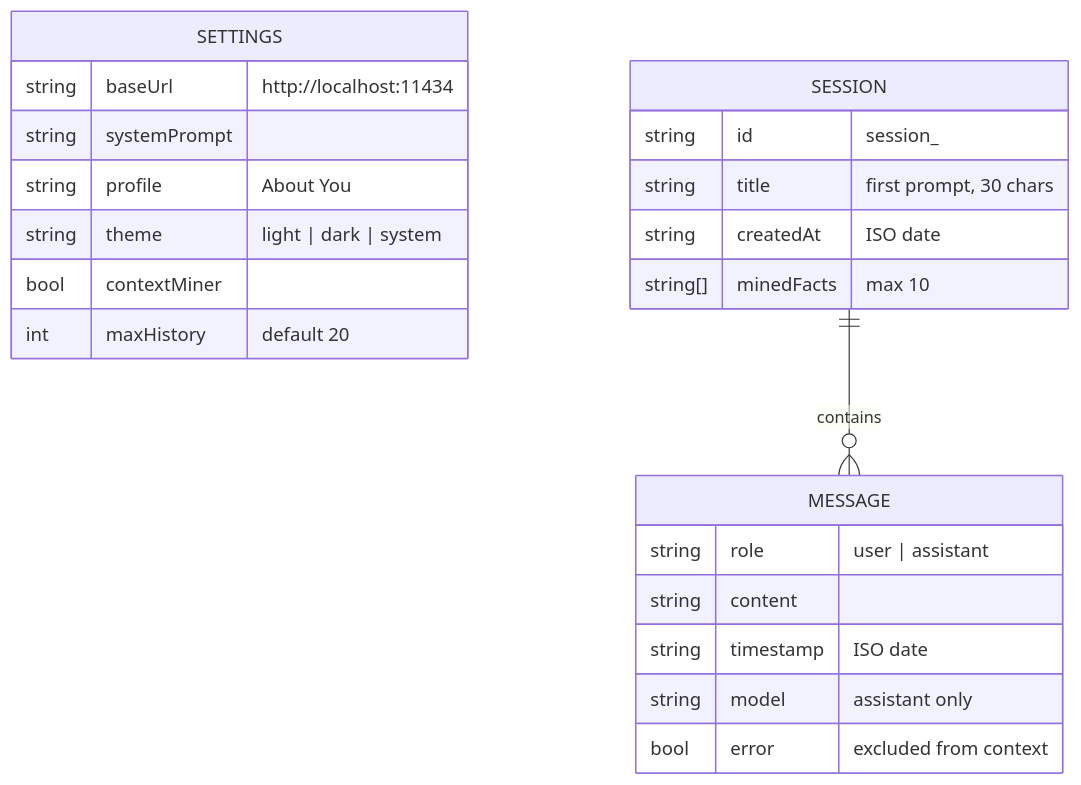
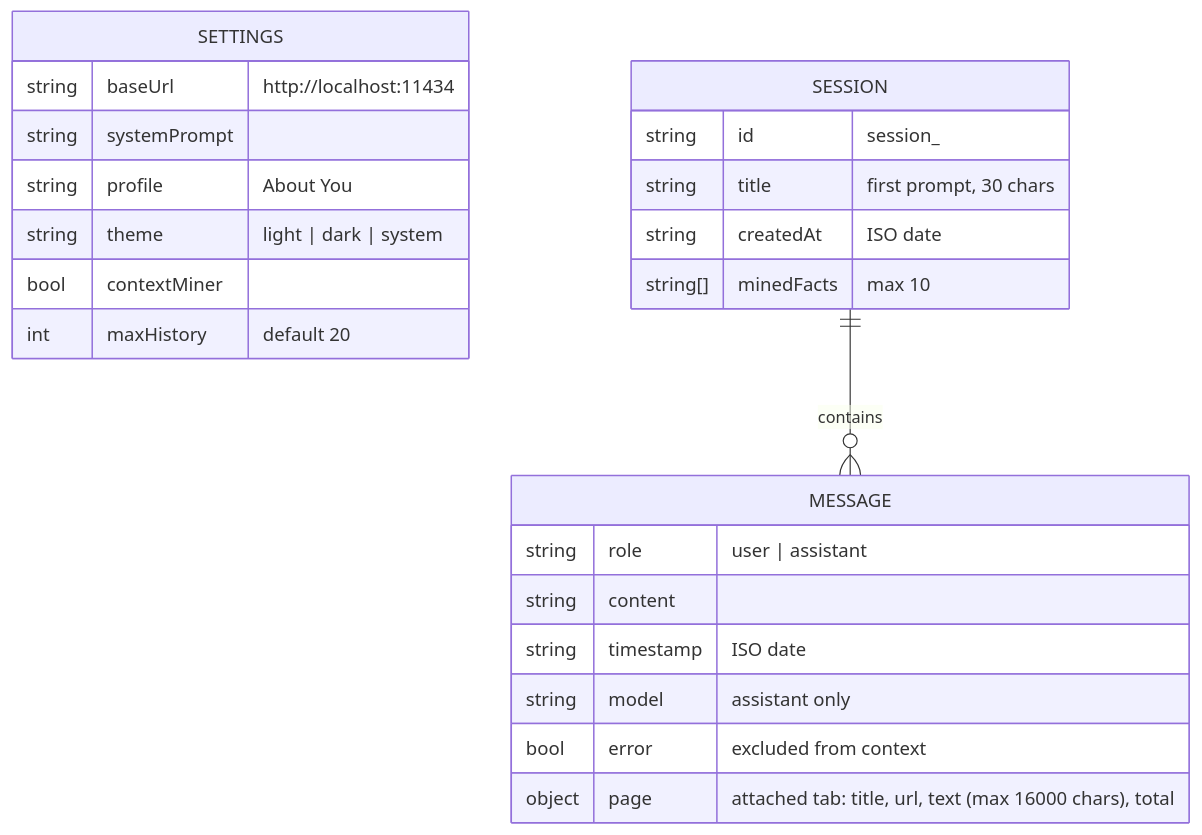
The fifth of 6 diagrams in docs/ARCHITECTURE.md (rahul-aot/local-llm-sidepanel), drawn with Mermaid before and after one commit. The commit also changed other lines of this file and 10 other files, not shown here.

````diff
--- a/docs/ARCHITECTURE.md
+++ b/docs/ARCHITECTURE.md
@@ -129,25 +129,26 @@
 ```mermaid
 erDiagram
   SETTINGS {
     string baseUrl "http://localhost:11434"
     string systemPrompt
     string profile "About You"
     string theme "light | dark | system"
     bool contextMiner
     int maxHistory "default 20"
   }
   SESSION ||--o{ MESSAGE : contains
   SESSION {
     string id "session_<timestamp>"
     string title "first prompt, 30 chars"
     string createdAt "ISO date"
     string[] minedFacts "max 10"
   }
   MESSAGE {
     string role "user | assistant"
     string content
     string timestamp "ISO date"
     string model "assistant only"
     bool error "excluded from context"
+    object page "attached tab: title, url, text (max 16000 chars), total"
   }
 ```
````
